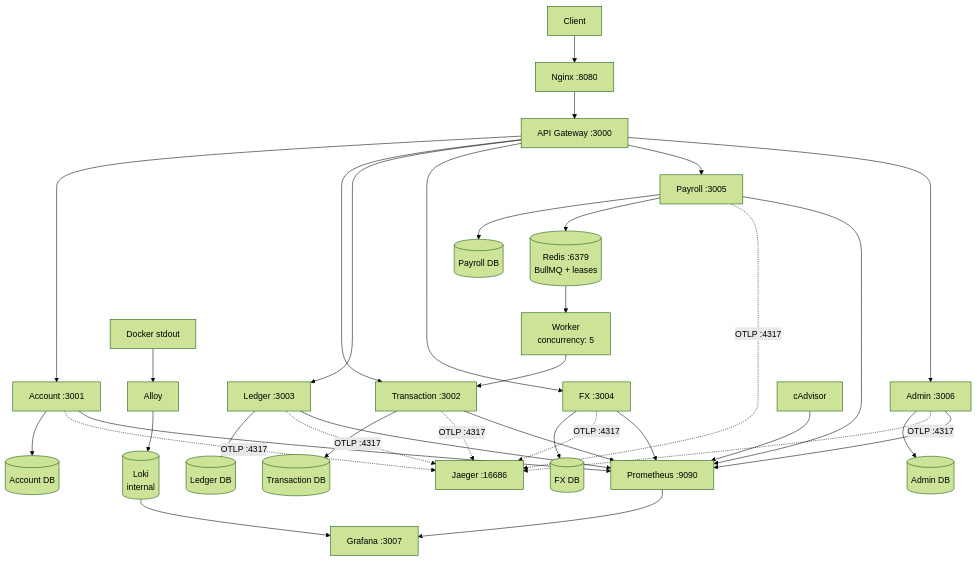
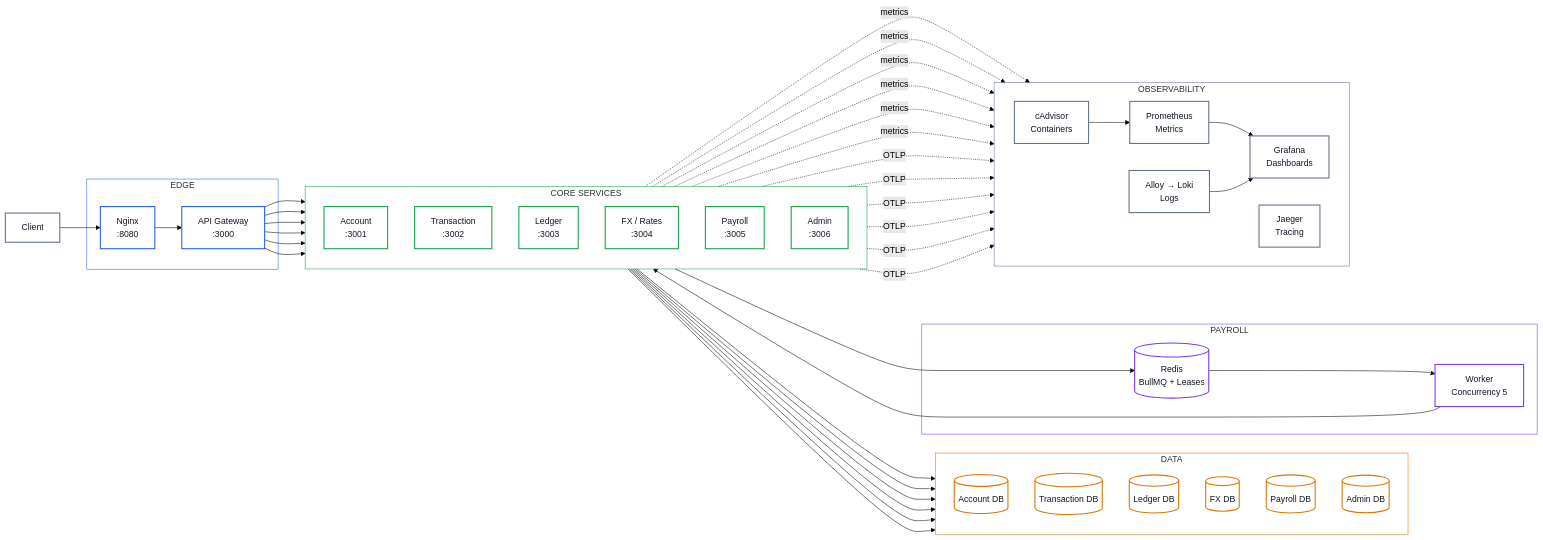
One commit to Moneemabdullah/NovaPay__ changed the diagram in README.md. Above: the diagram before and after it, drawn with Mermaid (forest theme). The commit also changed 9 other files, not shown here.

Commit message:
fix:All Documentation diagram improvement

````diff
--- a/README.md
+++ b/README.md
@@ -11,27 +11,136 @@
 ```mermaid
-flowchart TB
-    Client --> Nginx["Nginx :8080"]
-    Nginx --> GW["API Gateway :3000"]
-    GW --> Account["Account :3001"]
-    GW --> Txn["Transaction :3002"]
-    GW --> Ledger["Ledger :3003"]
-    GW --> FX["FX :3004"]
-    GW --> Payroll["Payroll :3005"]
-    GW --> Admin["Admin :3006"]
-    Account --> AccountDB[("Account DB")]
-    Txn --> TxnDB[("Transaction DB")]
-    Ledger --> LedgerDB[("Ledger DB")]
-    FX --> FXDB[("FX DB")]
-    Payroll --> PayrollDB[("Payroll DB")]
-    Admin --> AdminDB[("Admin DB")]
-    Payroll --> Redis[("Redis :6379\nBullMQ + leases")]
-    Redis --> Worker["Worker\nconcurrency: 5"]
-    Worker --> Txn
-    Account & Txn & Ledger & FX & Payroll & Admin -.->|OTLP :4317| Jaeger["Jaeger :16686"]
-    Account & Txn & Ledger & FX & Payroll & Admin --> Prom["Prometheus :9090"]
-    Prom --> Grafana["Grafana :3007"]
-    Loki[("Loki\ninternal")] --> Grafana
-    Alloy["Alloy"] --> Loki
-    Docker["Docker stdout"] --> Alloy
-    cAdvisor["cAdvisor"] --> Prom
+flowchart LR
+
+    %% =========================
+    %% REQUEST FLOW
+    %% =========================
+
+    Client["Client"]
+
+    subgraph EDGE["EDGE"]
+        Nginx["Nginx<br/>:8080"]
+        Gateway["API Gateway<br/>:3000"]
+        Nginx --> Gateway
+    end
+
+    Client --> Nginx
+
+
+    subgraph SERVICES["CORE SERVICES"]
+        direction TB
+
+        Account["Account<br/>:3001"]
+        Transaction["Transaction<br/>:3002"]
+        Ledger["Ledger<br/>:3003"]
+        FX["FX / Rates<br/>:3004"]
+        Payroll["Payroll<br/>:3005"]
+        Admin["Admin<br/>:3006"]
+    end
+
+    Gateway --> Account
+    Gateway --> Transaction
+    Gateway --> Ledger
+    Gateway --> FX
+    Gateway --> Payroll
+    Gateway --> Admin
+
+
+    %% =========================
+    %% DATABASES
+    %% =========================
+
+    subgraph DATA["DATA"]
+        direction TB
+
+        AccountDB[("Account DB")]
+        TransactionDB[("Transaction DB")]
+        LedgerDB[("Ledger DB")]
+        FXDB[("FX DB")]
+        PayrollDB[("Payroll DB")]
+        AdminDB[("Admin DB")]
+    end
+
+    Account --> AccountDB
+    Transaction --> TransactionDB
+    Ledger --> LedgerDB
+    FX --> FXDB
+    Payroll --> PayrollDB
+    Admin --> AdminDB
+
+
+    %% =========================
+    %% PAYROLL
+    %% =========================
+
+    subgraph ASYNC["PAYROLL"]
+        Redis[("Redis<br/>BullMQ + Leases")]
+        Worker["Worker<br/>Concurrency 5"]
+
+        Redis --> Worker
+    end
+
+    Payroll --> Redis
+    Worker --> Transaction
+
+
+    %% =========================
+    %% OBSERVABILITY
+    %% =========================
+
+    subgraph OBS["OBSERVABILITY"]
+        direction LR
+
+        Metrics["Prometheus<br/>Metrics"]
+        Dashboards["Grafana<br/>Dashboards"]
+
+        Logs["Alloy → Loki<br/>Logs"]
+        Tracing["Jaeger<br/>Tracing"]
+
+        Containers["cAdvisor<br/>Containers"]
+
+        Metrics --> Dashboards
+        Logs --> Dashboards
+        Containers --> Metrics
+    end
+
+    Account -.->|metrics| Metrics
+    Transaction -.->|metrics| Metrics
+    Ledger -.->|metrics| Metrics
+    FX -.->|metrics| Metrics
+    Payroll -.->|metrics| Metrics
+    Admin -.->|metrics| Metrics
+
+    Account -.->|OTLP| Tracing
+    Transaction -.->|OTLP| Tracing
+    Ledger -.->|OTLP| Tracing
+    FX -.->|OTLP| Tracing
+    Payroll -.->|OTLP| Tracing
+    Admin -.->|OTLP| Tracing
+
+
+    %% =========================
+    %% STYLES
+    %% =========================
+
+    classDef client fill:#ffffff,stroke:#64748b,stroke-width:2px,color:#111827
+    classDef edge fill:#ffffff,stroke:#2563eb,stroke-width:2px,color:#111827
+    classDef service fill:#ffffff,stroke:#16a34a,stroke-width:2px,color:#111827
+    classDef database fill:#ffffff,stroke:#d97706,stroke-width:2px,color:#111827
+    classDef async fill:#ffffff,stroke:#7c3aed,stroke-width:2px,color:#111827
+    classDef observability fill:#ffffff,stroke:#64748b,stroke-width:2px,color:#111827
+
+    class Client client
+    class Nginx,Gateway edge
+    class Account,Transaction,Ledger,FX,Payroll,Admin service
+    class AccountDB,TransactionDB,LedgerDB,FXDB,PayrollDB,AdminDB database
+    class Redis,Worker async
+    class Metrics,Dashboards,Logs,Tracing,Containers observability
+
+
+    %% Remove heavy cluster backgrounds
+    style EDGE fill:transparent,stroke:#2563eb,stroke-width:1px
+    style SERVICES fill:transparent,stroke:#16a34a,stroke-width:1px
+    style DATA fill:transparent,stroke:#d97706,stroke-width:1px
+    style ASYNC fill:transparent,stroke:#7c3aed,stroke-width:1px
+    style OBS fill:transparent,stroke:#64748b,stroke-width:1px
 ```
````
